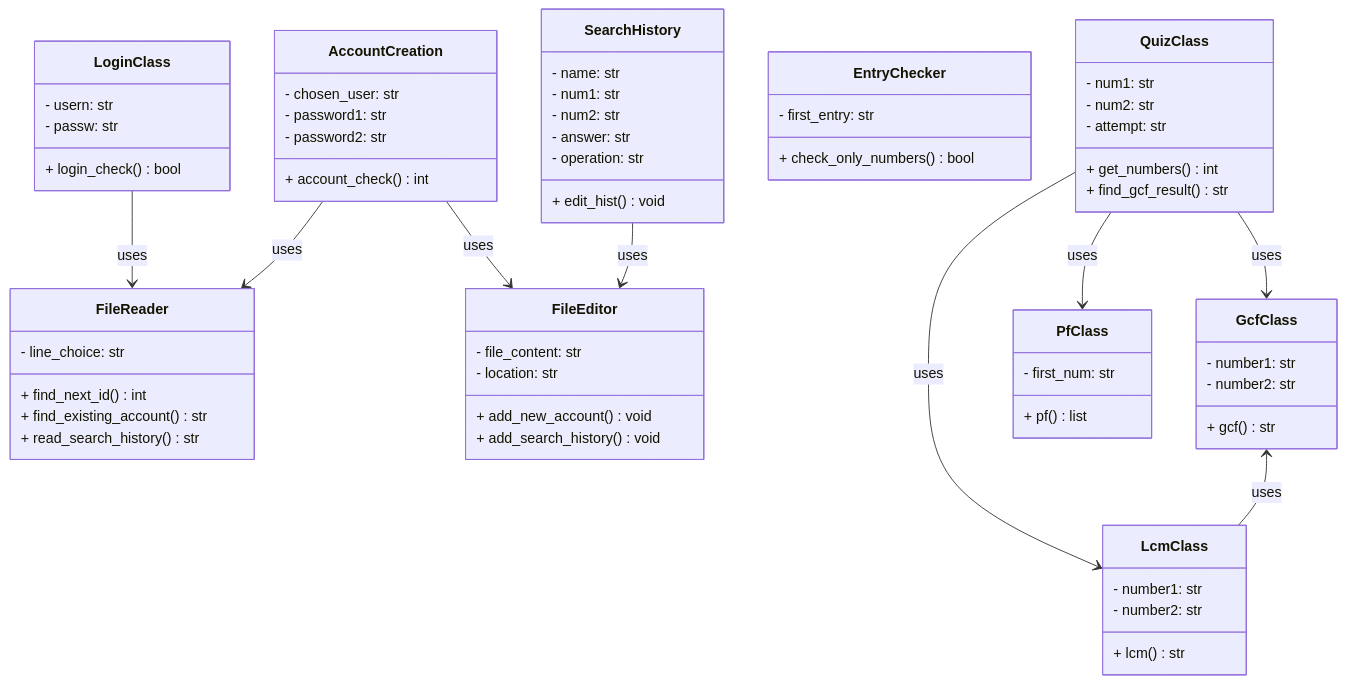
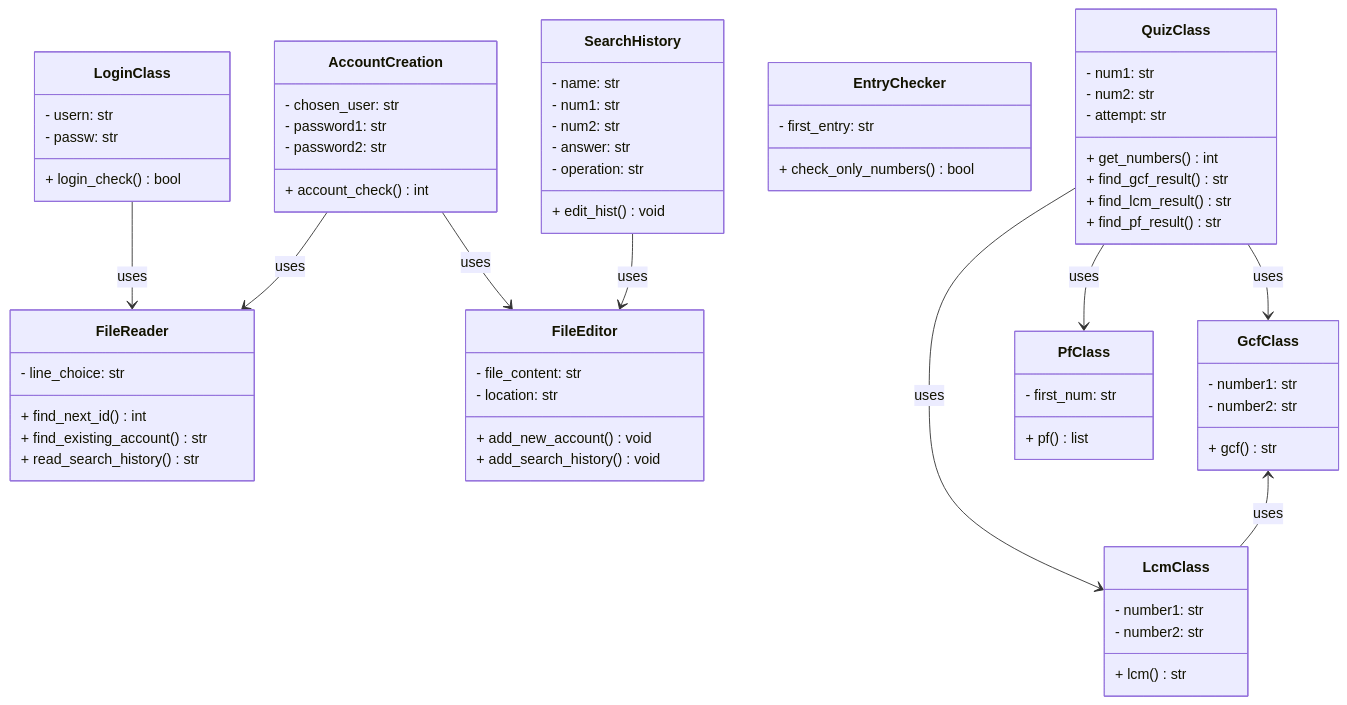
The first of 2 diagrams in dokumentaatio/arkkitehtuuri.md (SouperSalamander/ot-harjoitustyo), drawn with Mermaid before and after one commit. The commit also changed other lines of this file, not shown here.

````diff
--- a/dokumentaatio/arkkitehtuuri.md
+++ b/dokumentaatio/arkkitehtuuri.md
@@ -3,78 +3,80 @@
 ```mermaid
 classDiagram
   class LoginClass {
     - usern: str
     - passw: str
     + login_check() bool
   }
 
   class AccountCreation {
     - chosen_user: str
     - password1: str
     - password2: str
     + account_check() int
   }
 
   class FileReader {
     - line_choice: str
     + find_next_id() int
     + find_existing_account() str
     + read_search_history() str
   }
 
   class FileEditor {
     - file_content: str
     - location: str
     + add_new_account() void
     + add_search_history() void
   }
 
   class SearchHistory {
     - name: str
     - num1: str
     - num2: str
     - answer: str
     - operation: str
     + edit_hist() void
   }
 
   class EntryChecker {
     - first_entry: str
     + check_only_numbers() bool
   }
 
   class QuizClass {
     - num1: str
     - num2: str
     - attempt: str
     + get_numbers() int
     + find_gcf_result() str
+    + find_lcm_result() str
+    + find_pf_result() str
   }
 
   class GcfClass {
     - number1: str
     - number2: str
     + gcf() str
   }
 
   class LcmClass {
     - number1: str
     - number2: str
     + lcm() str
   }
 
   class PfClass {
     - first_num: str
     + pf() list
   }
 
   LoginClass --> FileReader: uses
   AccountCreation --> FileEditor: uses
   AccountCreation --> FileReader: uses
   SearchHistory --> FileEditor: uses
   QuizClass --> GcfClass: uses
   QuizClass --> LcmClass: uses
   QuizClass --> PfClass: uses
   GcfClass <-- LcmClass: uses
 
 ```
````
